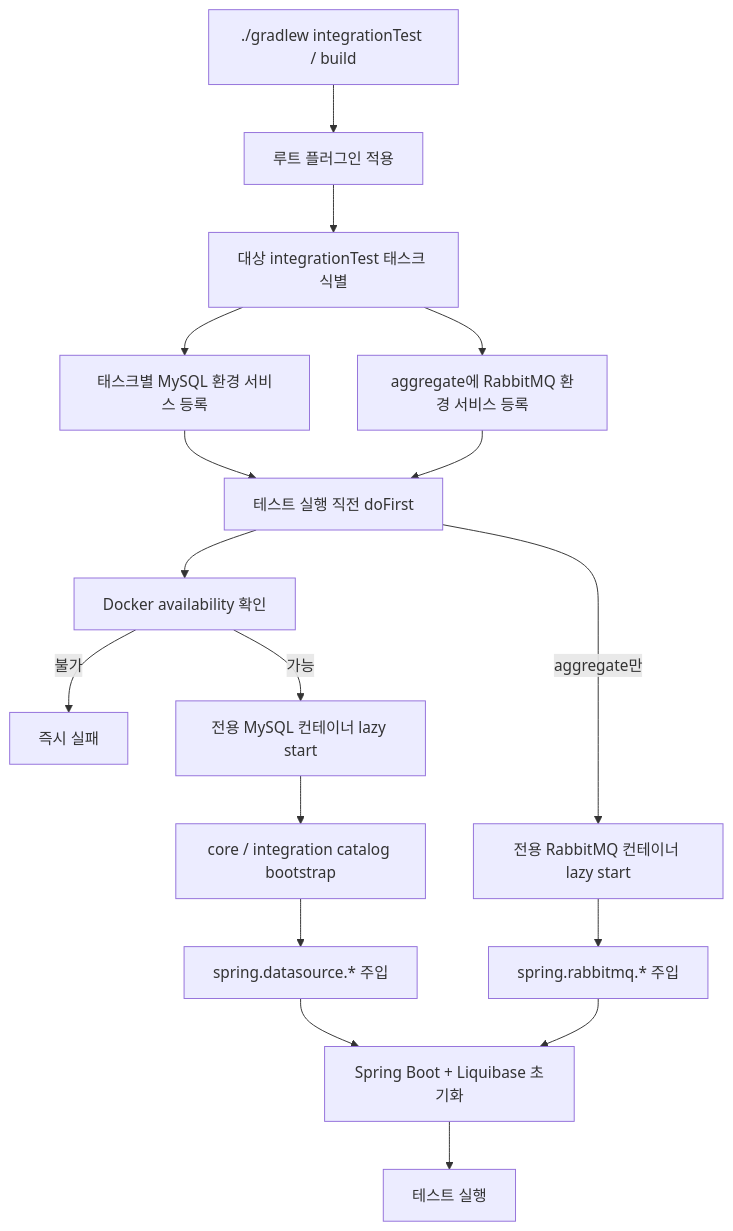
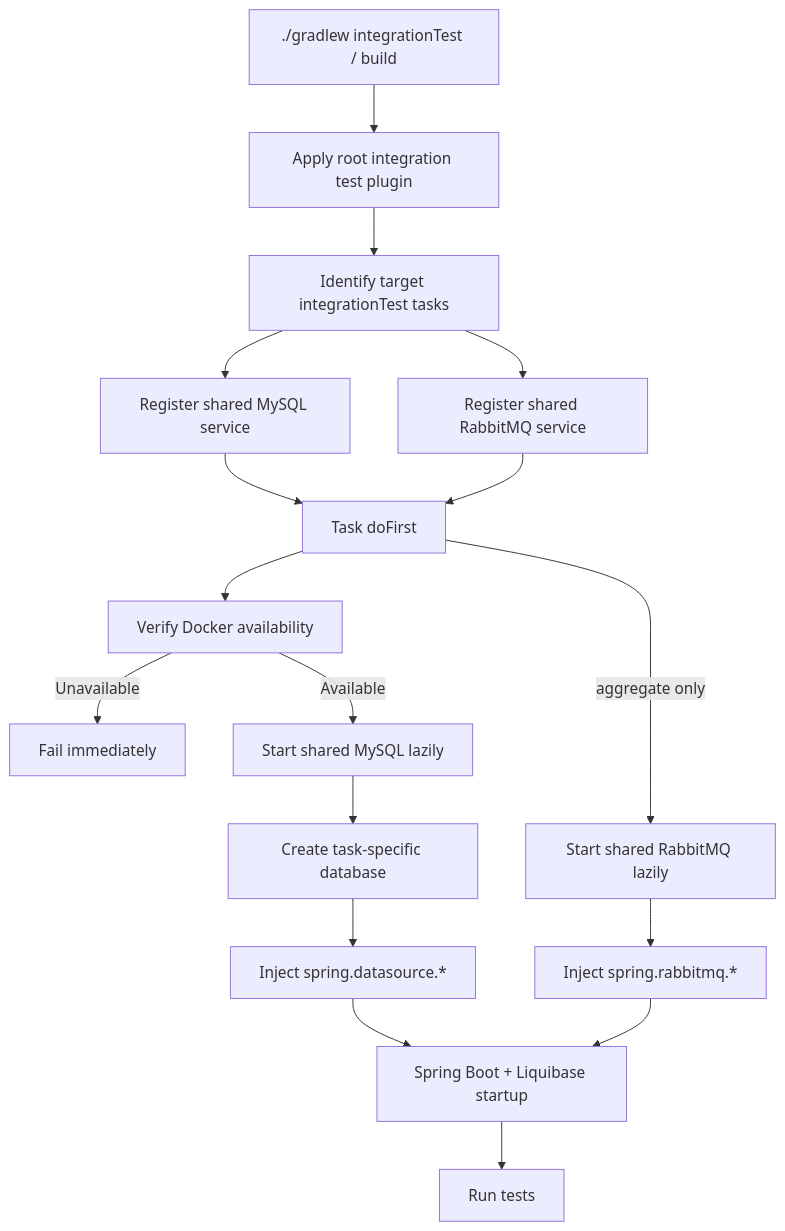
One commit to YeaChan05/Remittance changed the diagram in docs/gradle-build-performance.md. Above: the diagram before and after it, drawn with Mermaid. The commit also changed other lines of this file and 3 other files, not shown here.

Commit message:
refactor(build-logic): MySQL 테스트 컨테이너 재사용 및 DB 상태 격리 로직 개선

````diff
--- a/docs/gradle-build-performance.md
+++ b/docs/gradle-build-performance.md
@@ -68,19 +76,19 @@
 ```mermaid
 flowchart TD
-    A["./gradlew integrationTest / build"] --> B["루트 플러그인 적용"]
-    B --> C["대상 integrationTest 태스크 식별"]
-    C --> D["태스크별 MySQL 환경 서비스 등록"]
-    C --> E["aggregate에 RabbitMQ 환경 서비스 등록"]
-    D --> F["테스트 실행 직전 doFirst"]
+    A["./gradlew integrationTest / build"] --> B["Apply root integration test plugin"]
+    B --> C["Identify target integrationTest tasks"]
+    C --> D["Register shared MySQL service"]
+    C --> E["Register shared RabbitMQ service"]
+    D --> F["Task doFirst"]
     E --> F
-    F --> G["Docker availability 확인"]
-    G -->|불가| H["즉시 실패"]
-    G -->|가능| I["전용 MySQL 컨테이너 lazy start"]
-    I --> J["core / integration catalog bootstrap"]
-    J --> K["spring.datasource.* 주입"]
-    F -->|aggregate만| L["전용 RabbitMQ 컨테이너 lazy start"]
-    L --> M["spring.rabbitmq.* 주입"]
-    K --> N["Spring Boot + Liquibase 초기화"]
+    F --> G["Verify Docker availability"]
+    G -->|Unavailable| H["Fail immediately"]
+    G -->|Available| I["Start shared MySQL lazily"]
+    I --> J["Create task-specific database"]
+    J --> K["Inject spring.datasource.*"]
+    F -->|aggregate only| L["Start shared RabbitMQ lazily"]
+    L --> M["Inject spring.rabbitmq.*"]
+    K --> N["Spring Boot + Liquibase startup"]
     M --> N
-    N --> O["테스트 실행"]
+    N --> O["Run tests"]
 ```
````
